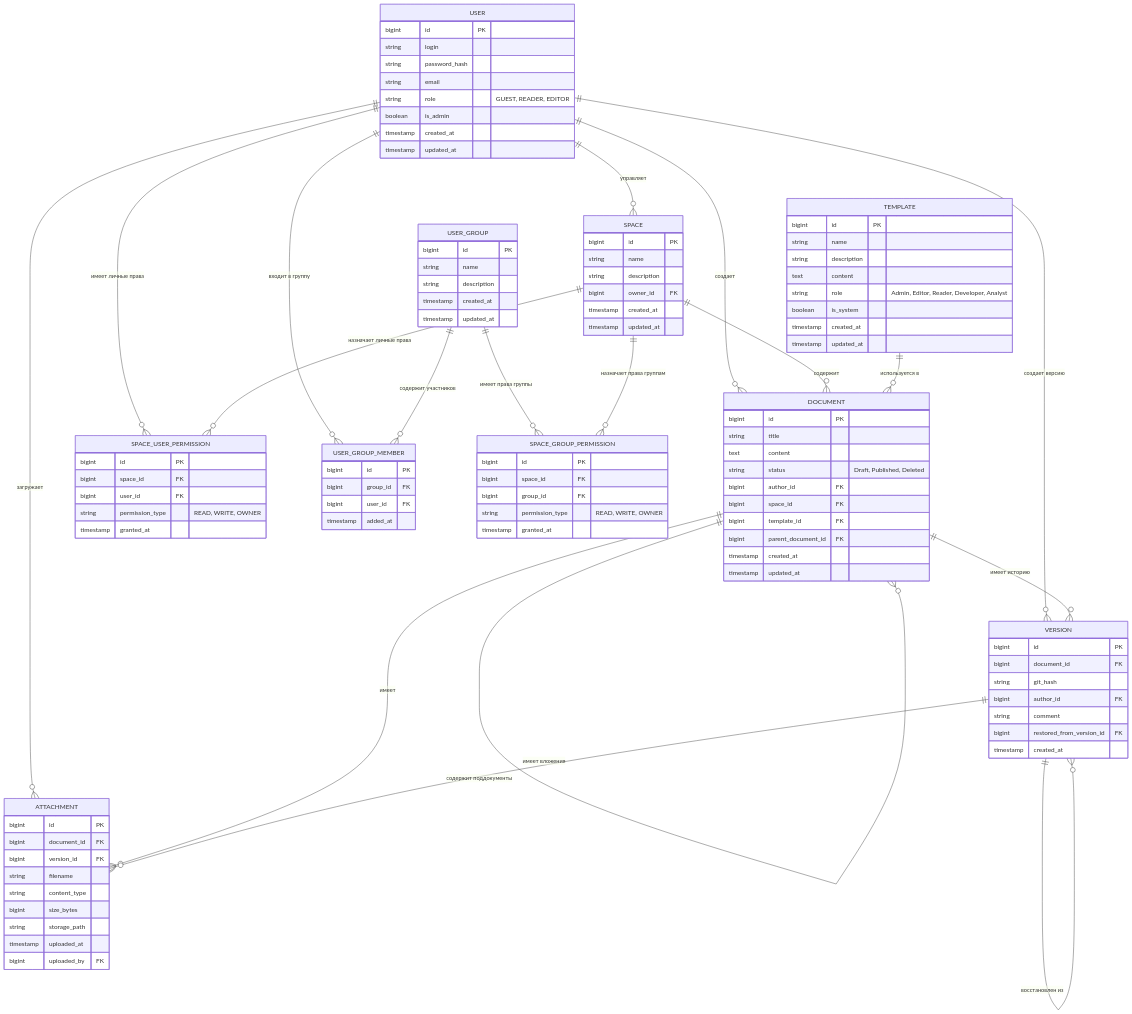
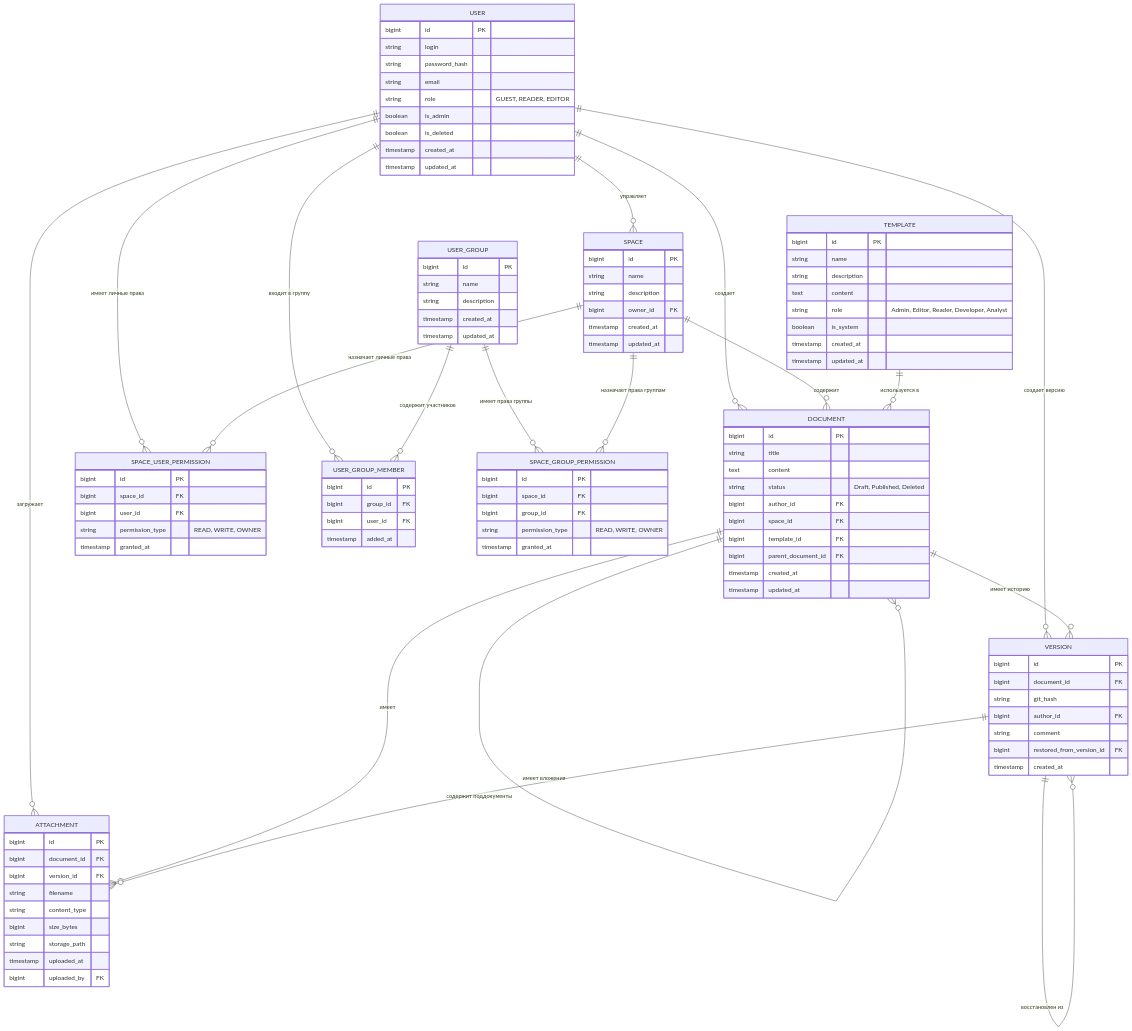
One commit to C23-501-SoftDev/Docs changed the diagram in documents/120.data-model.md. Above: the diagram before and after it, drawn with Mermaid. The commit also changed other lines of this file and 6 other files, not shown here.

```diff
--- a/documents/120.data-model.md
+++ b/documents/120.data-model.md
@@ -34,6 +34,7 @@
         string email
         string role "GUEST, READER, EDITOR"
         boolean is_admin
+        boolean is_deleted
         timestamp created_at
         timestamp updated_at
     }
```
